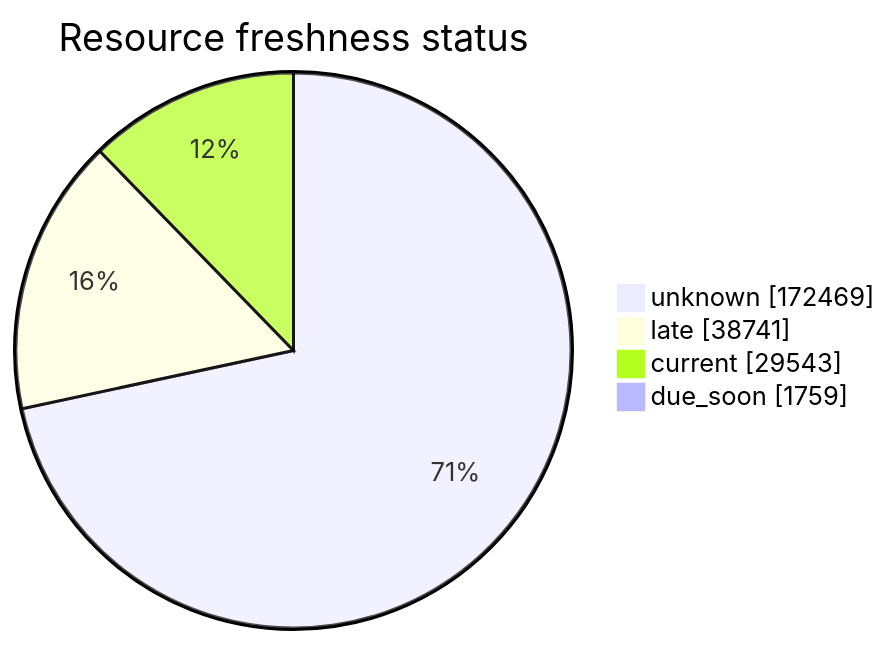
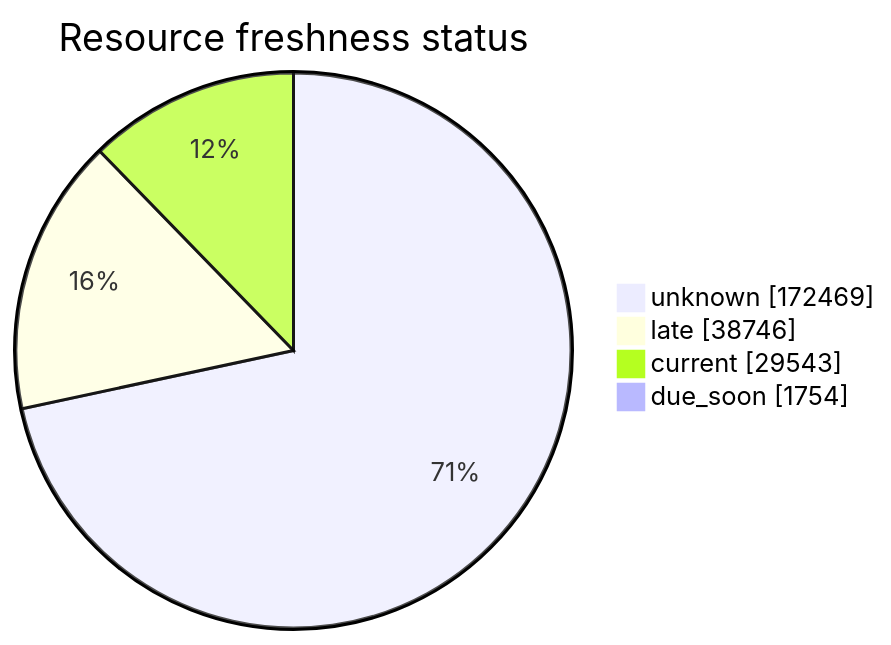
The third of 5 diagrams in FreshCheck/README.md (open-data/analytics-corporate-reporting), drawn with Mermaid before and after one commit. The commit also changed other lines of this file and 3 other files, not shown here.

````diff
--- a/FreshCheck/README.md
+++ b/FreshCheck/README.md
@@ -77,7 +77,7 @@
 ```mermaid
 pie showData title Resource freshness status
     "unknown": 172469
-    "late": 38741
+    "late": 38746
     "current": 29543
-    "due_soon": 1759
+    "due_soon": 1754
 ```
````
